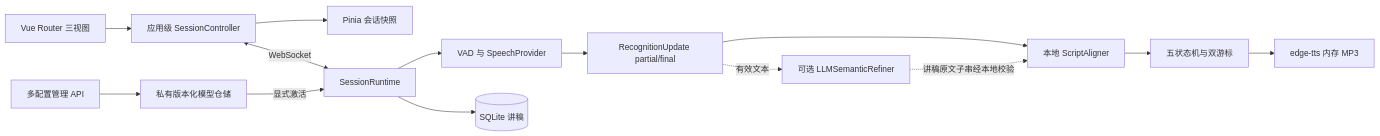
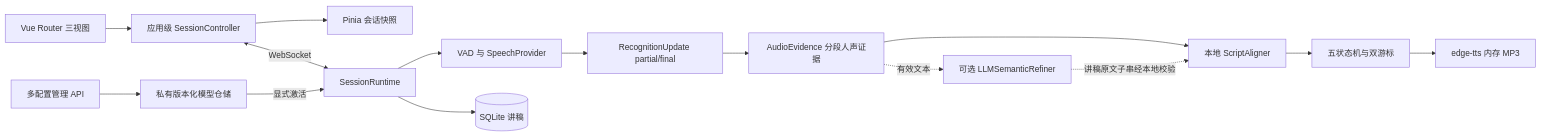
The diagram in docs/architecture.md (AstolfoNS/whisper-guide), drawn with Mermaid before and after one commit. The commit also changed other lines of this file and 36 other files, not shown here.

````diff
--- a/docs/architecture.md
+++ b/docs/architecture.md
@@ -5,16 +5,17 @@
 ```mermaid
 flowchart LR
   V[Vue Router 三视图] --> C[应用级 SessionController]
   C --> S[Pinia 会话快照]
   C <-->|WebSocket| A[SessionRuntime]
   A --> P[VAD 与 SpeechProvider]
   P --> R[RecognitionUpdate partial/final]
-  R --> L[本地 ScriptAligner]
+  R --> E[AudioEvidence 分段人声证据]
+  E --> L[本地 ScriptAligner]
   L --> D[五状态机与双游标]
   D --> T[edge-tts 内存 MP3]
-  R -.有效文本.-> M[可选 LLMSemanticRefiner]
+  E -.有效文本.-> M[可选 LLMSemanticRefiner]
   M -.讲稿原文子串经本地校验.-> L
   F[多配置管理 API] --> Q[私有版本化模型仓储]
   Q -->|显式激活| A
   A --> B[(SQLite 讲稿)]
 ```
````
